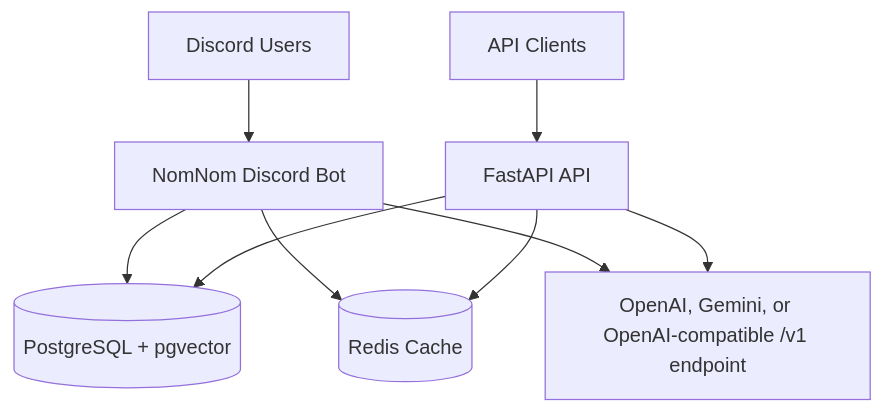
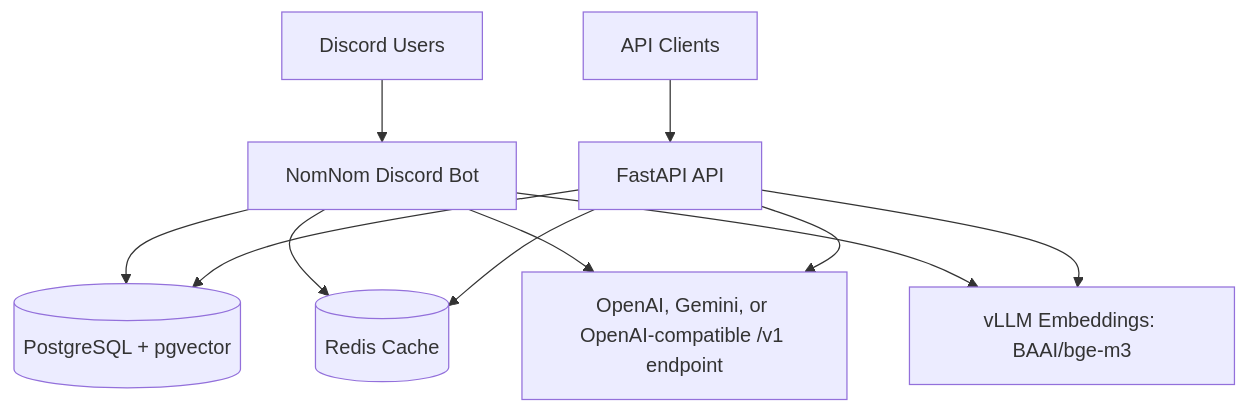
One commit to nghuy0901/Discord-chatbot-PZ changed the diagram in deploy/README.md. Above: the diagram before and after it, drawn with Mermaid. The commit also changed other lines of this file and 66 other files, not shown here.

````diff
--- a/deploy/README.md
+++ b/deploy/README.md
@@ -7,11 +7,13 @@
 ```mermaid
 graph TD
     Discord[Discord Users] --> Bot[NomNom Discord Bot]
     Client[API Clients] --> API[FastAPI API]
     Bot --> Postgres[(PostgreSQL + pgvector)]
     API --> Postgres
     Bot --> Redis[(Redis Cache)]
     API --> Redis
     Bot --> LLM[OpenAI, Gemini, or OpenAI-compatible /v1 endpoint]
     API --> LLM
+    Bot --> Embed[vLLM Embeddings: BAAI/bge-m3]
+    API --> Embed
 ```
````
